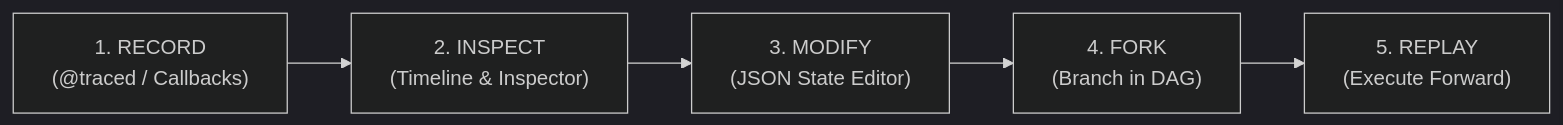
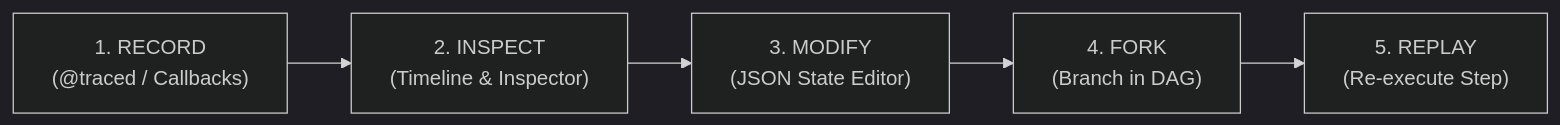
Before and after one commit to Abdur-Rafay-AR/athar: the second of 3 diagrams in README.md, drawn with Mermaid (dark theme). The commit also changed other lines of this file and 1 other file, not shown here.

Commit message:
docs(readme,changelog): complete technical credibility audit on replay semantics, privacy, and SQLite concurrency

````diff
--- a/README.md
+++ b/README.md
@@ -100,7 +100,7 @@
 ```mermaid
 flowchart LR
     R["1. RECORD<br/>(@traced / Callbacks)"] --> I["2. INSPECT<br/>(Timeline & Inspector)"]
     I --> M["3. MODIFY<br/>(JSON State Editor)"]
     M --> F["4. FORK<br/>(Branch in DAG)"]
-    F --> P["5. REPLAY<br/>(Execute Forward)"]
+    F --> P["5. REPLAY<br/>(Re-execute Step)"]
 ```
````
